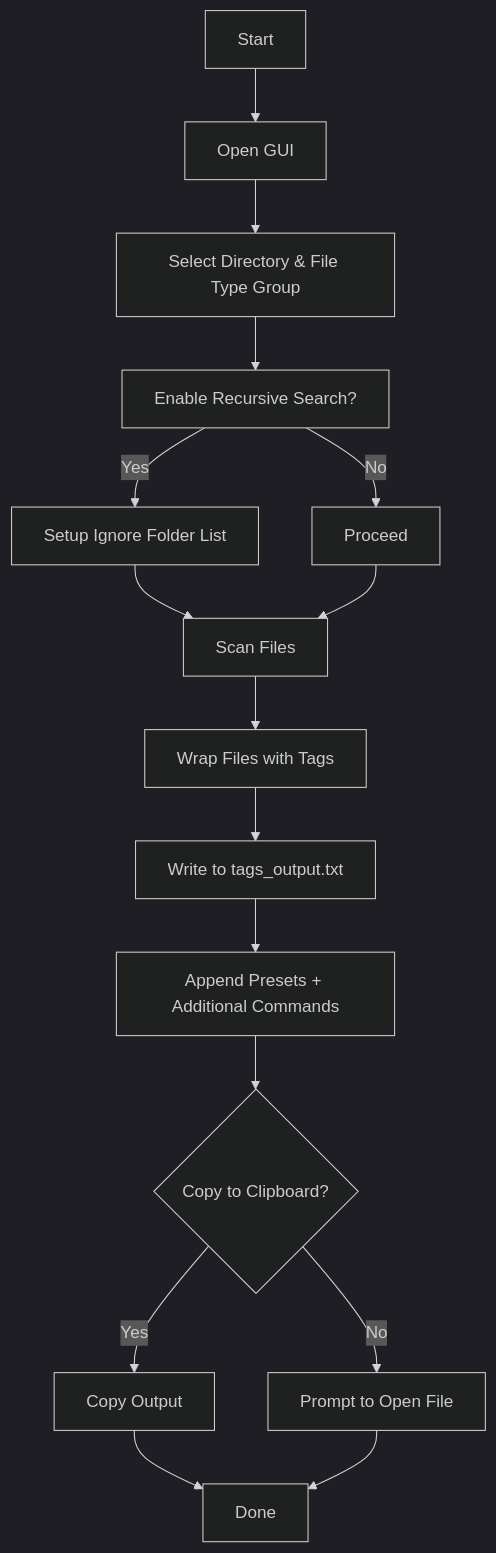
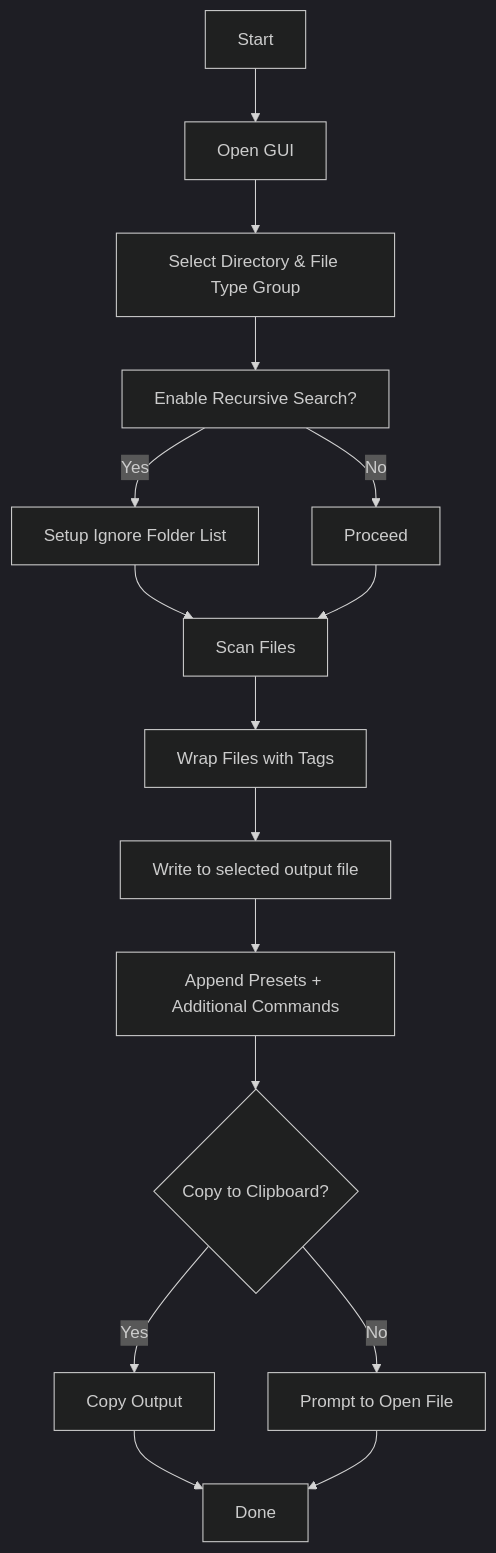
Before and after one commit to multiplex55/code-file-wrapper: the diagram in README.md, drawn with Mermaid (dark theme). The commit also changed other lines of this file, not shown here.

````diff
--- a/README.md
+++ b/README.md
@@ -92,18 +192,18 @@
 ```mermaid
 graph TD;
     A[Start] --> B[Open GUI]
     B --> C[Select Directory & File Type Group]
     C --> D[Enable Recursive Search?]
     D -->|Yes| E[Setup Ignore Folder List]
     D -->|No| F[Proceed]
     E --> G[Scan Files]
     F --> G
     G --> H[Wrap Files with <RelativePath> Tags]
-    H --> I[Write to tags_output.txt]
+    H --> I[Write to selected output file]
     I --> J[Append Presets + Additional Commands]
     J --> K{Copy to Clipboard?}
     K -->|Yes| L[Copy Output]
     K -->|No| M[Prompt to Open File]
     L --> N[Done]
     M --> N
 ```
````
